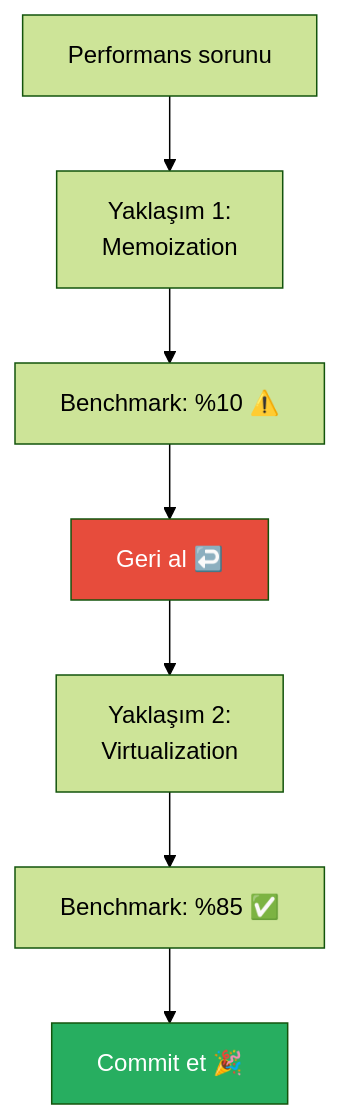
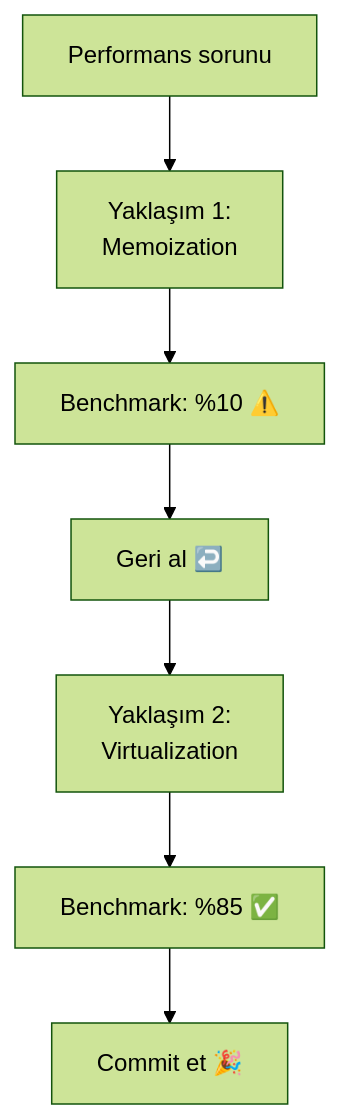
The fourth of 5 diagrams in 09-bellek-ve-baglam/07-checkpointing.md (IzzetYasinAtes/ClaudeCodeHandbook), drawn with Mermaid (forest theme) before and after one commit. The commit also changed other lines of this file and 97 other files, not shown here.

Commit message:
Remove all custom Mermaid style/fill colors from 98 markdown files for consistent dark theme rendering

````diff
--- a/09-bellek-ve-baglam/07-checkpointing.md
+++ b/09-bellek-ve-baglam/07-checkpointing.md
@@ -200,12 +193,10 @@
 ```mermaid
 flowchart TD
     START["Performans sorunu"] --> A1["Yaklaşım 1:<br/>Memoization"]
     A1 --> TEST1["Benchmark: %10 ⚠️"]
     TEST1 --> UNDO["Geri al ↩️"]
     UNDO --> A2["Yaklaşım 2:<br/>Virtualization"]
     A2 --> TEST2["Benchmark: %85 ✅"]
     TEST2 --> COMMIT["Commit et 🎉"]
 
-    style UNDO fill:#E74C3C,color:#fff
-    style COMMIT fill:#27AE60,color:#fff
 ```
````
